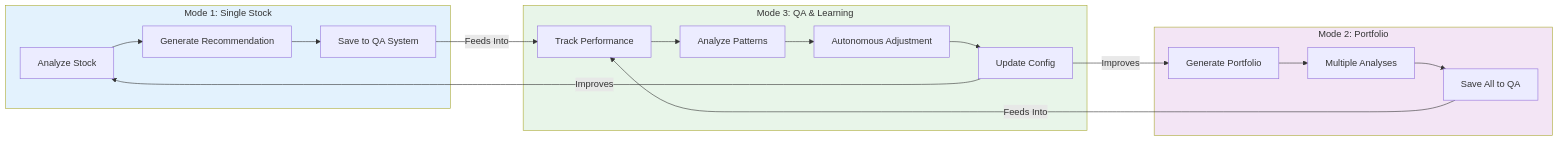
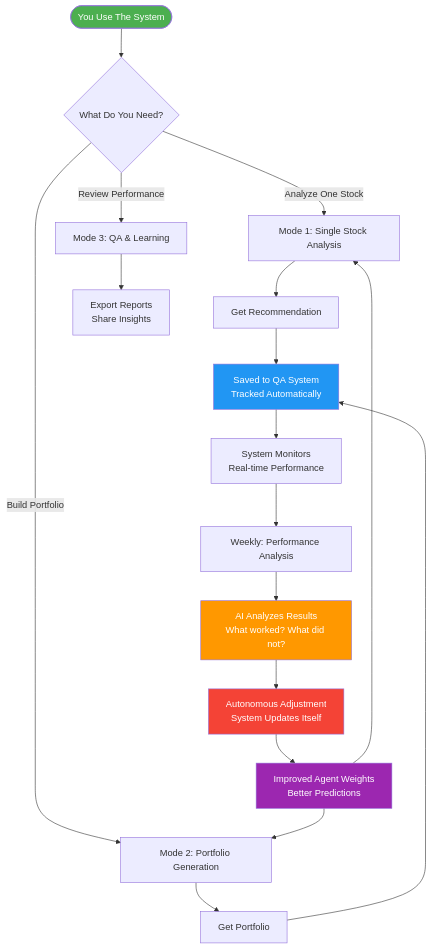
The fifth of 6 diagrams in SYSTEM_FLOW_DIAGRAMS.md (yaboibean2/Wharton), drawn with Mermaid before and after one commit. The commit also changed other lines of this file, not shown here.

First line of the commit message:
Redesign system flow diagrams: Clearer, more intuitive, focused on essentials

````diff
--- a/SYSTEM_FLOW_DIAGRAMS.md
+++ b/SYSTEM_FLOW_DIAGRAMS.md
@@ -346,27 +238,35 @@
 ```mermaid
-graph LR
-    subgraph Mode1[Mode 1: Single Stock]
-        A1[Analyze Stock] --> A2[Generate Recommendation]
-        A2 --> A3[Save to QA System]
-    end
+graph TB
+    User([You Use The System]) --> Action{What Do You Need?}
     
-    subgraph Mode2[Mode 2: Portfolio]
-        B1[Generate Portfolio] --> B2[Multiple Analyses]
-        B2 --> B3[Save All to QA]
-    end
+    Action -->|Analyze One Stock| Mode1[Mode 1: Single Stock Analysis]
+    Action -->|Build Portfolio| Mode2[Mode 2: Portfolio Generation]
+    Action -->|Review Performance| Mode3[Mode 3: QA & Learning]
     
-    subgraph Mode3[Mode 3: QA & Learning]
-        C1[Track Performance] --> C2[Analyze Patterns]
-        C2 --> C3[Autonomous Adjustment]
-        C3 --> C4[Update Config]
-    end
+    Mode1 --> Rec1[Get Recommendation]
+    Mode2 --> Rec2[Get Portfolio]
     
-    A3 -->|Feeds Into| C1
-    B3 -->|Feeds Into| C1
-    C4 -->|Improves| A1
-    C4 -->|Improves| B1
+    Rec1 --> Track[Saved to QA System<br/>Tracked Automatically]
+    Rec2 --> Track
     
-    style Mode1 fill:#e3f2fd
-    style Mode2 fill:#f3e5f5
-    style Mode3 fill:#e8f5e9
+    Track --> Monitor[System Monitors<br/>Real-time Performance]
+    
+    Monitor --> Weekly[Weekly: Performance Analysis]
+    
+    Weekly --> Learn[AI Analyzes Results<br/>What worked? What did not?]
+    
+    Learn --> Auto[Autonomous Adjustment<br/>System Updates Itself]
+    
+    Auto --> Better[Improved Agent Weights<br/>Better Predictions]
+    
+    Better --> Mode1
+    Better --> Mode2
+    
+    Mode3 --> Export[Export Reports<br/>Share Insights]
+    
+    style User fill:#4CAF50,color:#fff
+    style Track fill:#2196F3,color:#fff
+    style Learn fill:#FF9800,color:#fff
+    style Auto fill:#F44336,color:#fff
+    style Better fill:#9C27B0,color:#fff
 ```
````
